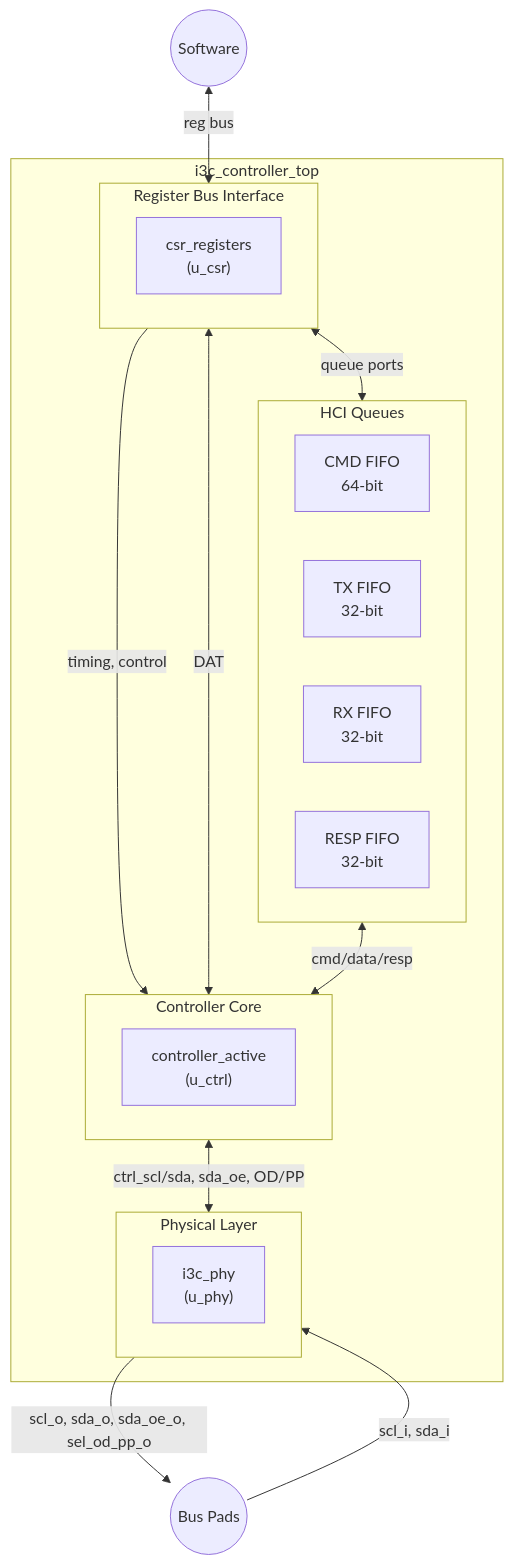
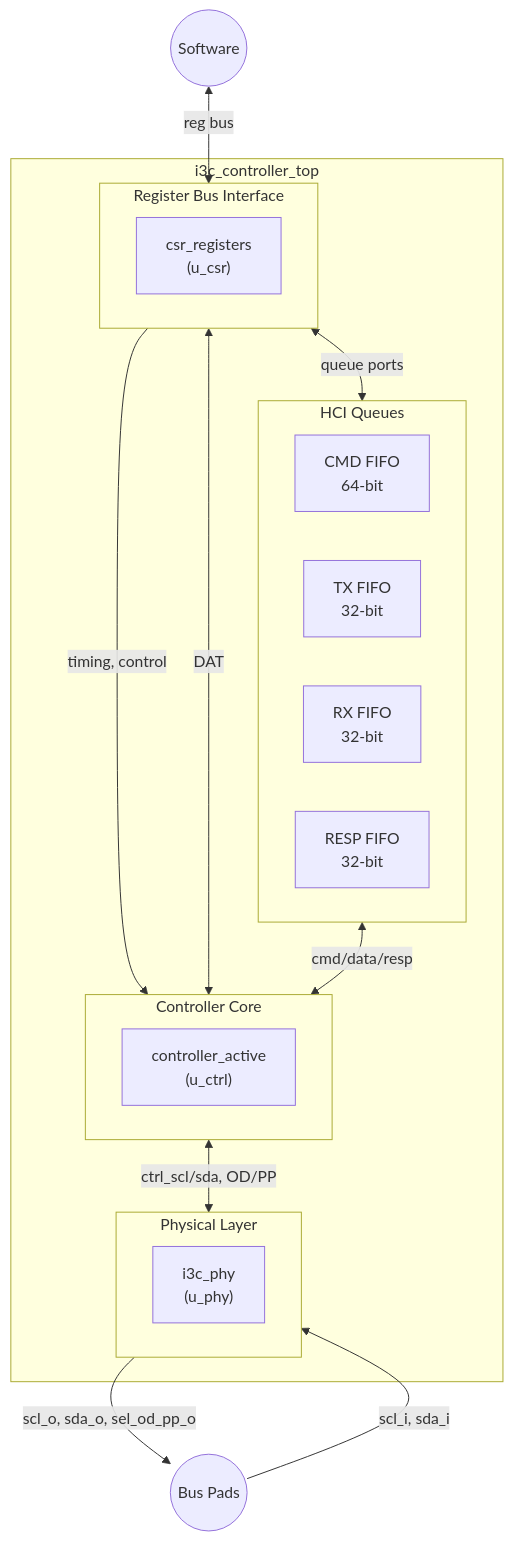
One commit to minhuy206/i3c changed the diagram in docs/module_specs/11_i3c_controller_top_spec.md. Above: the diagram before and after it, drawn with Mermaid. The commit also changed other lines of this file and 12 other files, not shown here.

Commit message:
Align SDA OE with pad-level derivation

````diff
--- a/docs/module_specs/11_i3c_controller_top_spec.md
+++ b/docs/module_specs/11_i3c_controller_top_spec.md
@@ -89,33 +88,33 @@
 ```mermaid
 graph TB
     subgraph TOP["i3c_controller_top"]
         subgraph REG_BUS["Register Bus Interface"]
             CSR["csr_registers<br/>(u_csr)"]
         end
 
         subgraph QUEUES["HCI Queues"]
             CMD["CMD FIFO<br/>64-bit"]
             TX["TX FIFO<br/>32-bit"]
             RX["RX FIFO<br/>32-bit"]
             RESP["RESP FIFO<br/>32-bit"]
         end
 
         subgraph CTRL["Controller Core"]
             CA["controller_active<br/>(u_ctrl)"]
         end
 
         subgraph PHY_BLK["Physical Layer"]
             PHY["i3c_phy<br/>(u_phy)"]
         end
     end
 
     REG_BUS <-->|queue ports| QUEUES
     REG_BUS -->|timing, control| CTRL
     REG_BUS <-->|DAT| CTRL
     QUEUES <-->|cmd/data/resp| CTRL
-    CTRL <-->|ctrl_scl/sda, sda_oe, OD/PP| PHY_BLK
+    CTRL <-->|ctrl_scl/sda, OD/PP| PHY_BLK
 
-    PHY_BLK -->|scl_o, sda_o, sda_oe_o, sel_od_pp_o| PAD((Bus Pads))
+    PHY_BLK -->|scl_o, sda_o, sel_od_pp_o| PAD((Bus Pads))
     PAD -->|scl_i, sda_i| PHY_BLK
     SW((Software)) <-->|reg bus| REG_BUS
 ```
````
